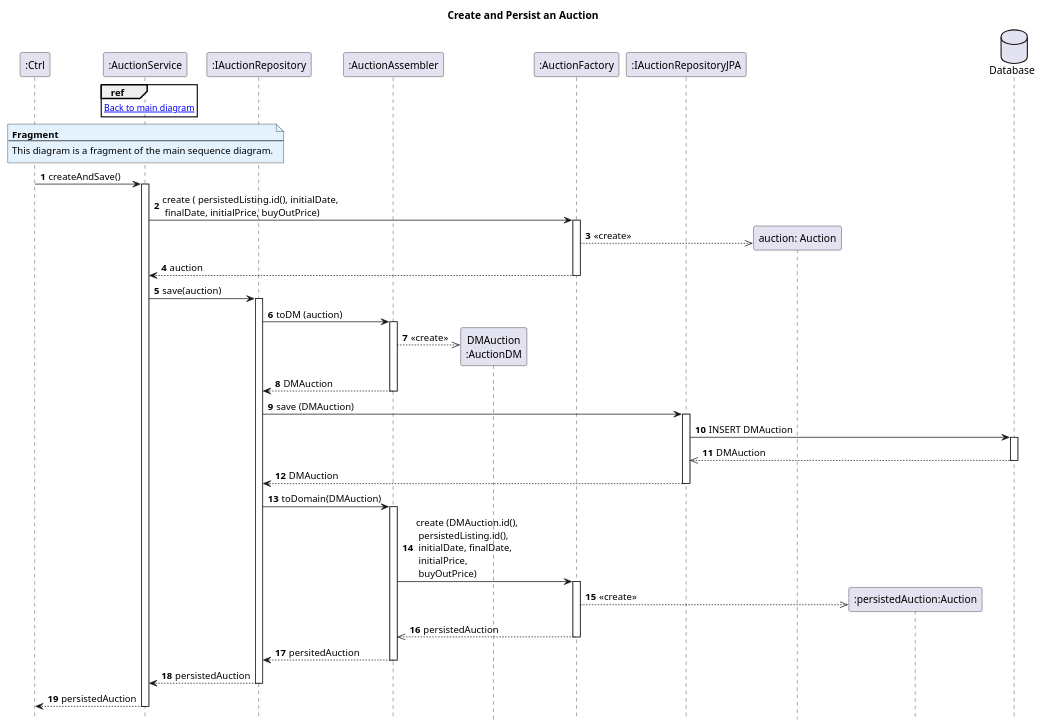
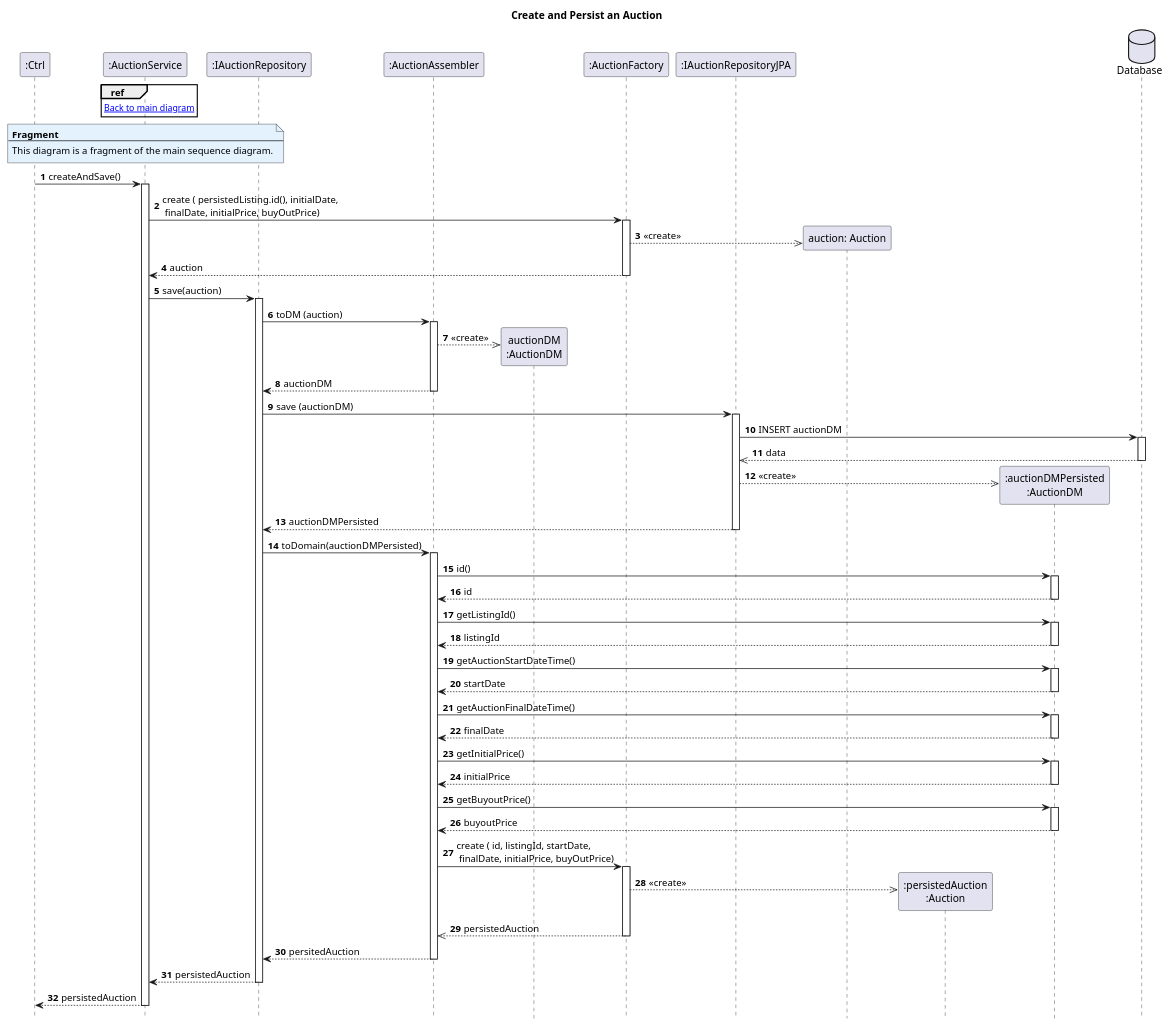
The diagram in Diagrams/SequenceDiagrams/N2/Sale-publication-in-auction/4.CreateAndPersistAuction.puml (AndrePereiraGitH/SWitCH-Project-Team_A), drawn with PlantUML before and after one commit. The commit also changed 2 other files, not shown here.

Commit message:
docs #650: SD detail JPA persistence and reconstruction flows

```diff
--- a/Diagrams/SequenceDiagrams/N2/Sale-publication-in-auction/4.CreateAndPersistAuction.puml
+++ b/Diagrams/SequenceDiagrams/N2/Sale-publication-in-auction/4.CreateAndPersistAuction.puml
@@ -1,78 +1,112 @@
 @startuml
 hide footbox
 autonumber
 
 title Create and Persist an Auction
 
 participant ":Ctrl" as ctrl
 participant ":AuctionService" as auctionService
 participant ":IAuctionRepository" as AucRepo
 
 participant ":AuctionAssembler" as auctionAssembler
-participant "DMAuction\n:AuctionDM" as DMAuction
+participant "auctionDM\n:AuctionDM" as DMAuction
 participant ":AuctionFactory" as aucFactory
 
 participant ":IAuctionRepositoryJPA" as auctionRepoJPA
 
 participant "auction: Auction" as auction
 
-participant ":persistedAuction:Auction" as persistedAuction
-
+participant ":persistedAuction\n:Auction" as persistedAuction
+participant ":auctionDMPersisted\n:AuctionDM" as auctionDMPersisted
 database "Database" as db
 
 ref over auctionService
 [[1.MainDiagram.puml Back to main diagram]]
 end ref
 
 note over auctionService #E3F2FD
 <b>Fragment</b>
 ---
 This diagram is a fragment of the main sequence diagram.
 end note
 
 ctrl -> auctionService : createAndSave()
 activate auctionService
 
 auctionService -> aucFactory : create ( persistedListing.id(), initialDate,\n finalDate, initialPrice, buyOutPrice)
 activate aucFactory
 aucFactory -->> auction** : <<create>>
 aucFactory --> auctionService : auction
 deactivate aucFactory
 
 auctionService -> AucRepo : save(auction)
 activate AucRepo
 
 ' ------ CONVERT DOMAIN INSTANCE INTO DM -------
 AucRepo -> auctionAssembler : toDM (auction)
 activate auctionAssembler
 auctionAssembler -->> DMAuction** : <<create>>
-auctionAssembler --> AucRepo : DMAuction
+auctionAssembler --> AucRepo : auctionDM
 deactivate auctionAssembler
 
 
 ' ------ JPA PERSISTENCE ---------------
-AucRepo -> auctionRepoJPA : save (DMAuction)
+AucRepo -> auctionRepoJPA : save (auctionDM)
 activate auctionRepoJPA
-auctionRepoJPA -> db : INSERT DMAuction
+auctionRepoJPA -> db : INSERT auctionDM
 activate db
-db -->> auctionRepoJPA : DMAuction
+db -->> auctionRepoJPA : data
 deactivate db
-auctionRepoJPA --> AucRepo : DMAuction
+auctionRepoJPA -->> auctionDMPersisted ** : <<create>>
+auctionRepoJPA --> AucRepo : auctionDMPersisted
 deactivate auctionRepoJPA
 
-AucRepo -> auctionAssembler : toDomain(DMAuction)
+AucRepo -> auctionAssembler : toDomain(auctionDMPersisted)
 activate auctionAssembler
-auctionAssembler -> aucFactory : create (DMAuction.id(),\n persistedListing.id(),\n initialDate, finalDate,\n initialPrice,\n buyOutPrice)
+
+' --------- GET DATA FROM AUCTION DM
+auctionAssembler -> auctionDMPersisted : id()
+activate auctionDMPersisted
+auctionDMPersisted --> auctionAssembler : id
+deactivate auctionDMPersisted
+
+auctionAssembler -> auctionDMPersisted : getListingId()
+activate auctionDMPersisted
+auctionDMPersisted --> auctionAssembler : listingId
+deactivate auctionDMPersisted
+
+auctionAssembler -> auctionDMPersisted : getAuctionStartDateTime()
+activate auctionDMPersisted
+auctionDMPersisted --> auctionAssembler : startDate
+deactivate auctionDMPersisted
+
+auctionAssembler -> auctionDMPersisted : getAuctionFinalDateTime()
+activate auctionDMPersisted
+auctionDMPersisted --> auctionAssembler : finalDate
+deactivate auctionDMPersisted
+
+auctionAssembler -> auctionDMPersisted : getInitialPrice()
+activate auctionDMPersisted
+auctionDMPersisted --> auctionAssembler : initialPrice
+deactivate auctionDMPersisted
+
+auctionAssembler -> auctionDMPersisted : getBuyoutPrice()
+activate auctionDMPersisted
+auctionDMPersisted --> auctionAssembler : buyoutPrice
+deactivate auctionDMPersisted
+
+
+auctionAssembler -> aucFactory : create ( id, listingId, startDate,\n finalDate, initialPrice, buyOutPrice)
 activate aucFactory
 aucFactory -->> persistedAuction ** : <<create>>
 aucFactory -->> auctionAssembler : persistedAuction
 deactivate aucFactory
 
 auctionAssembler --> AucRepo : persitedAuction
 deactivate auctionAssembler
 AucRepo --> auctionService : persistedAuction
 deactivate AucRepo
 auctionService --> ctrl : persistedAuction
 deactivate auctionService
 
 @enduml
```
